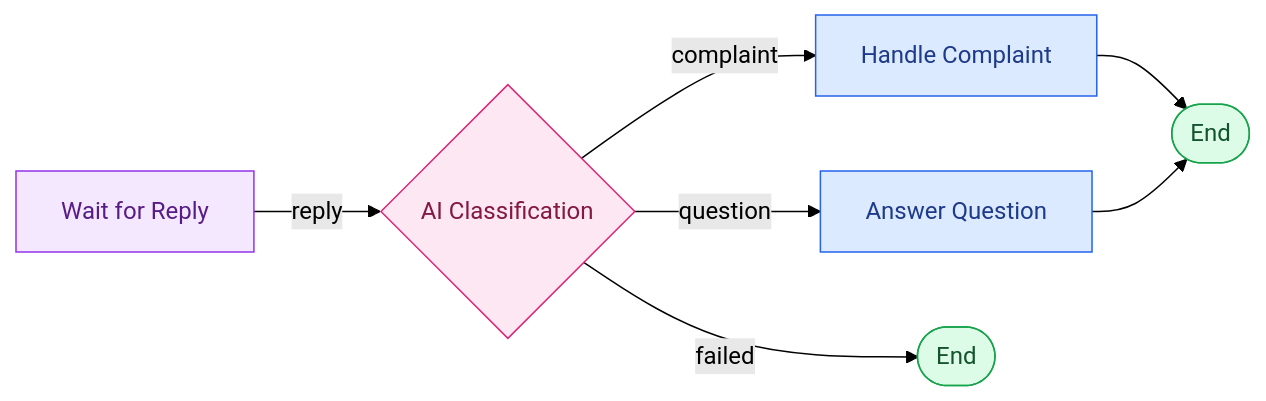
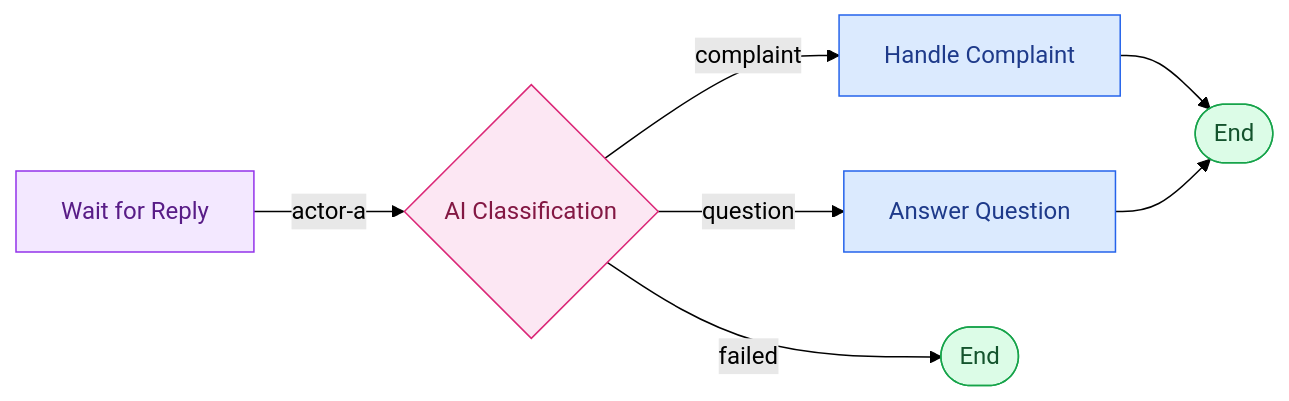
One commit to Nazyli/simflow-web changed the third of 4 diagrams in public/documentation/32-contoh-workflow.md. Above: the diagram before and after it, drawn with Mermaid (forest theme). The commit also changed other lines of this file and 8 other files, not shown here.

Commit message:
docs: update wait-for-reply picker guidance

````diff
--- a/public/documentation/32-contoh-workflow.md
+++ b/public/documentation/32-contoh-workflow.md
@@ -43,17 +43,17 @@
 ```mermaid
 flowchart LR
-    A[Wait for Reply] -->|reply| B{AI Classification}
+    A[Wait for Reply] -->|actor-a| B{AI Classification}
     B -->|complaint| C[Handle Complaint]
     B -->|question| D[Answer Question]
     B -->|failed| E([End])
     C --> F([End])
     D --> F
     classDef wait fill:#f3e8ff,stroke:#9333ea,color:#581c87
     classDef ai fill:#fce7f3,stroke:#db2777,color:#831843
     classDef action fill:#dbeafe,stroke:#2563eb,color:#1e3a8a
     classDef terminal fill:#dcfce7,stroke:#16a34a,color:#14532d
     class A wait
     class B ai
     class C,D action
     class E,F terminal
 ```
````
